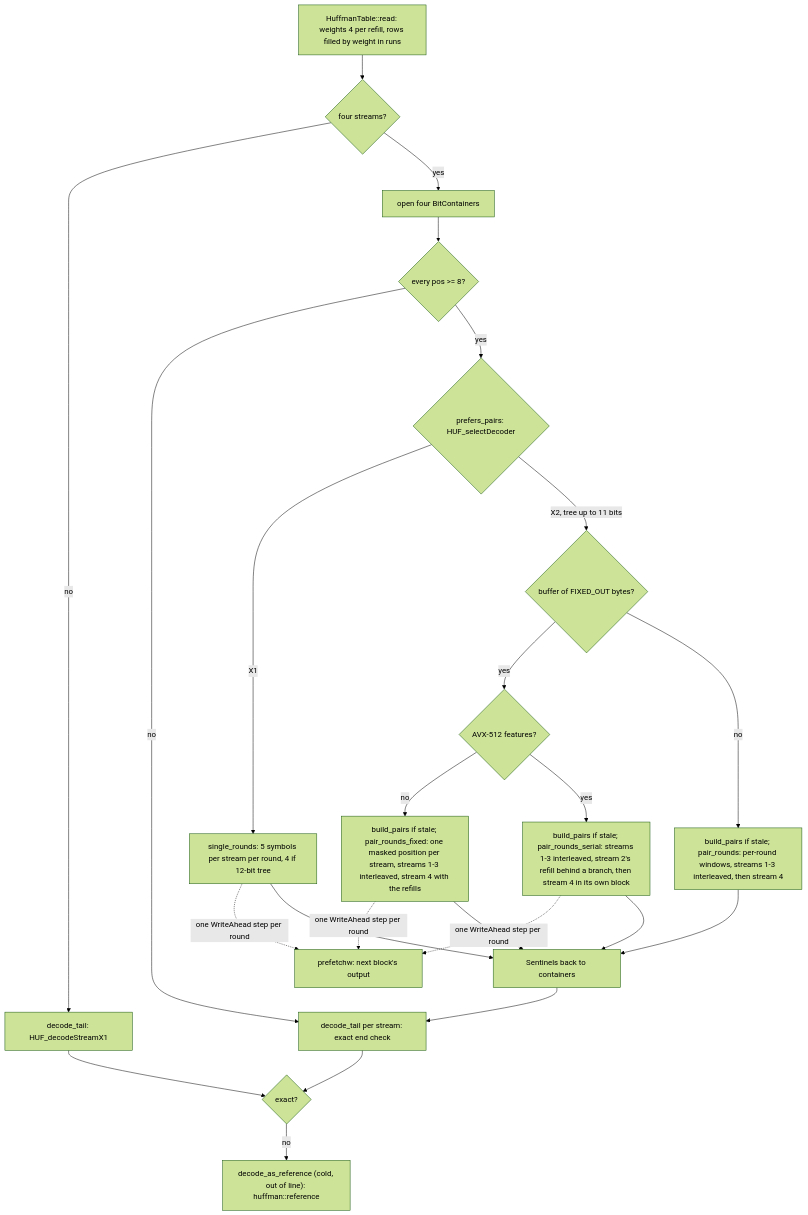
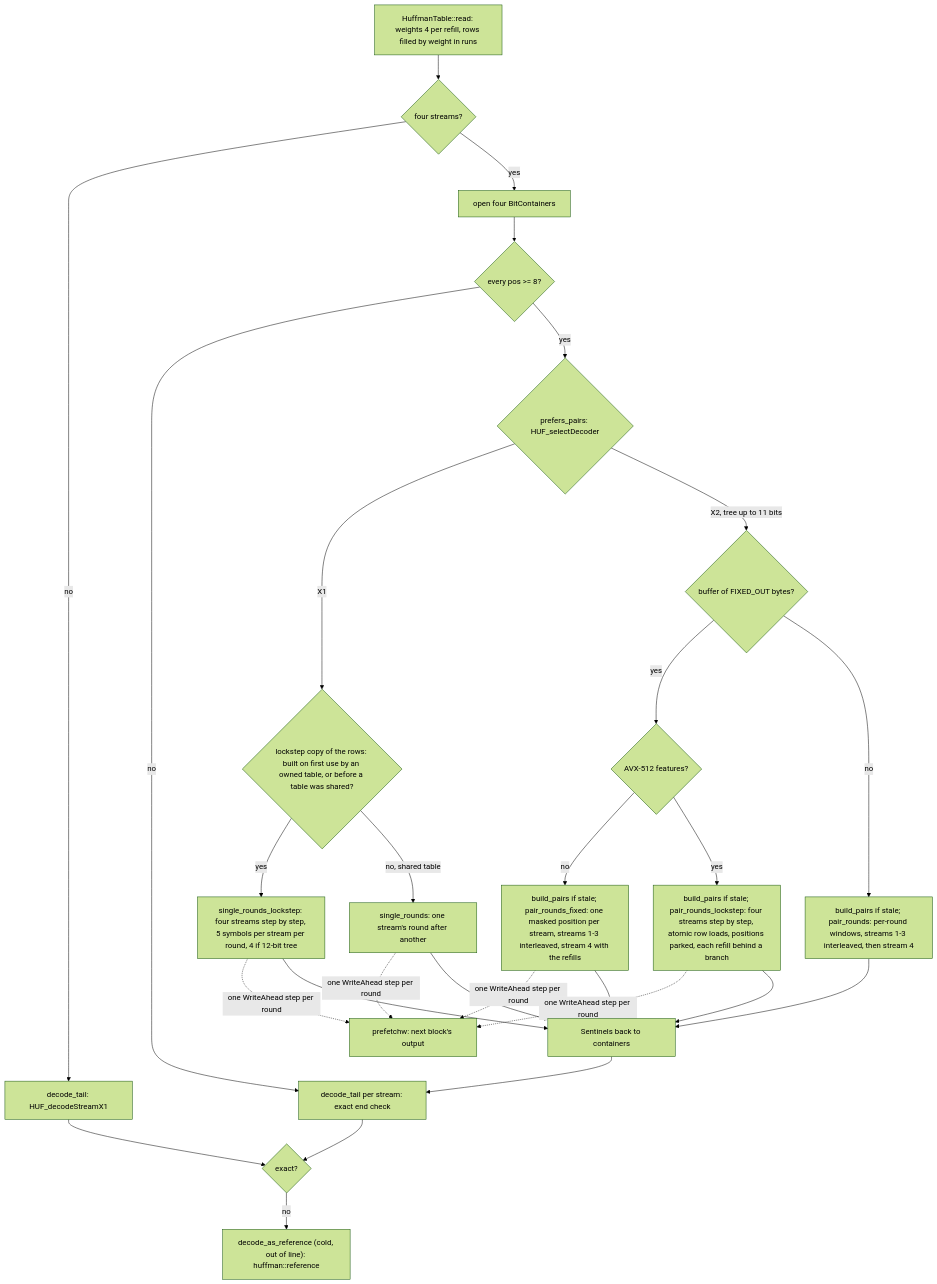
The third of 10 diagrams in architecture/decoder-performance.md (M-Compressors/mzstd), drawn with Mermaid (forest theme) before and after one commit. The commit also changed other lines of this file and 336 other files, not shown here.

````diff
--- a/architecture/decoder-performance.md
+++ b/architecture/decoder-performance.md
@@ -116,26 +118,30 @@
 ```mermaid
 flowchart TD
     Read["HuffmanTable::read: weights 4 per refill, rows filled by weight in runs"] --> Kind{four streams?}
     Kind -->|no| Tail1[decode_tail: HUF_decodeStreamX1]
     Kind -->|yes| Open[open four BitContainers]
     Open --> Fast{every pos >= 8?}
     Fast -->|no| Tails
     Fast -->|yes| Sel{prefers_pairs: HUF_selectDecoder}
-    Sel -->|X1| Single[single_rounds: 5 symbols per stream per round, 4 if 12-bit tree]
+    Sel -->|X1| Copy{lockstep copy of the rows: built on first use by an owned table, or before a table was shared?}
+    Copy -->|yes| Single[single_rounds_lockstep: four streams step by step, 5 symbols per stream per round, 4 if 12-bit tree]
+    Copy -->|no, shared table| SingleSeq[single_rounds: one stream's round after another]
     Sel -->|X2, tree up to 11 bits| Fixed{buffer of FIXED_OUT bytes?}
     Fixed -->|yes| Avx{AVX-512 features?}
     Avx -->|no| PairsFixed[build_pairs if stale; pair_rounds_fixed: one masked position per stream, streams 1-3 interleaved, stream 4 with the refills]
-    Avx -->|yes| PairsSerial[build_pairs if stale; pair_rounds_serial: streams 1-3 interleaved, stream 2's refill behind a branch, then stream 4 in its own block]
+    Avx -->|yes| PairsSerial[build_pairs if stale; pair_rounds_lockstep: four streams step by step, atomic row loads, positions parked, each refill behind a branch]
     Fixed -->|no| Pairs[build_pairs if stale; pair_rounds: per-round windows, streams 1-3 interleaved, then stream 4]
     Single -. one WriteAhead step per round .-> Ahead[prefetchw: next block's output]
+    SingleSeq -. one WriteAhead step per round .-> Ahead
+    SingleSeq --> Back
     PairsFixed -. one WriteAhead step per round .-> Ahead
     PairsSerial -. one WriteAhead step per round .-> Ahead
     PairsFixed --> Back
     PairsSerial --> Back
     Single --> Back[Sentinels back to containers]
     Pairs --> Back
     Back --> Tails[decode_tail per stream: exact end check]
     Tail1 --> Verdict{exact?}
     Tails --> Verdict
     Verdict -->|no| Reference["decode_as_reference (cold, out of line): huffman::reference"]
 ```
````
